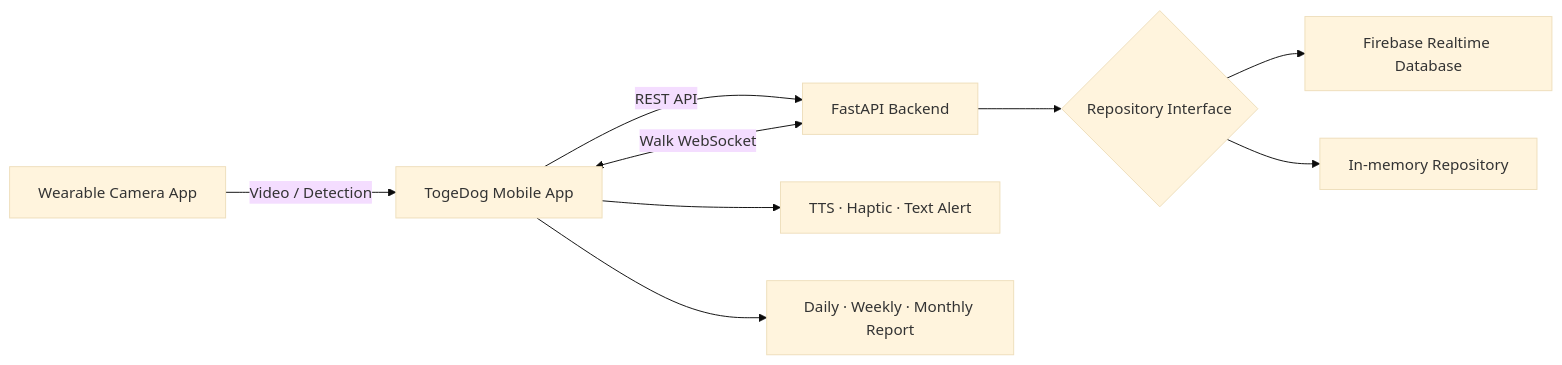
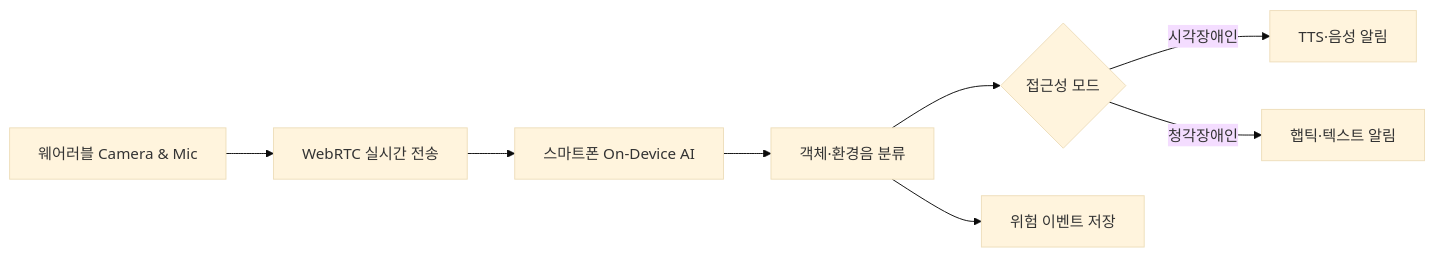
The first of 2 diagrams in profile/README.md (LG-TogeDog-Project/.github), drawn with Mermaid (base theme) before and after one commit. The commit also changed other lines of this file, not shown here.

````diff
--- a/profile/README.md
+++ b/profile/README.md
@@ -51,11 +411,10 @@
 ```mermaid
 flowchart LR
-    W[Wearable Camera App] -->|Video / Detection| M[TogeDog Mobile App]
-    M -->|REST API| B[FastAPI Backend]
-    M <-->|Walk WebSocket| B
-    B --> R{Repository Interface}
-    R --> F[Firebase Realtime Database]
-    R --> I[In-memory Repository]
-    M --> A[TTS · Haptic · Text Alert]
-    M --> P[Daily · Weekly · Monthly Report]
+    A[웨어러블 Camera & Mic] --> B[WebRTC 실시간 전송]
+    B --> C[스마트폰 On-Device AI]
+    C --> D[객체·환경음 분류]
+    D --> E{접근성 모드}
+    E -->|시각장애인| F[TTS·음성 알림]
+    E -->|청각장애인| G[햅틱·텍스트 알림]
+    D --> H[위험 이벤트 저장]
 ```
````
